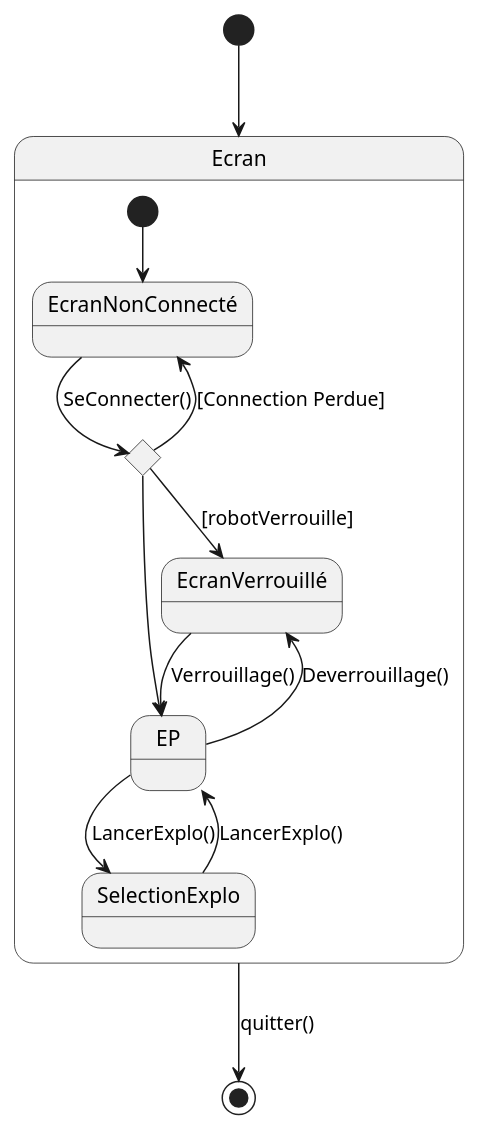
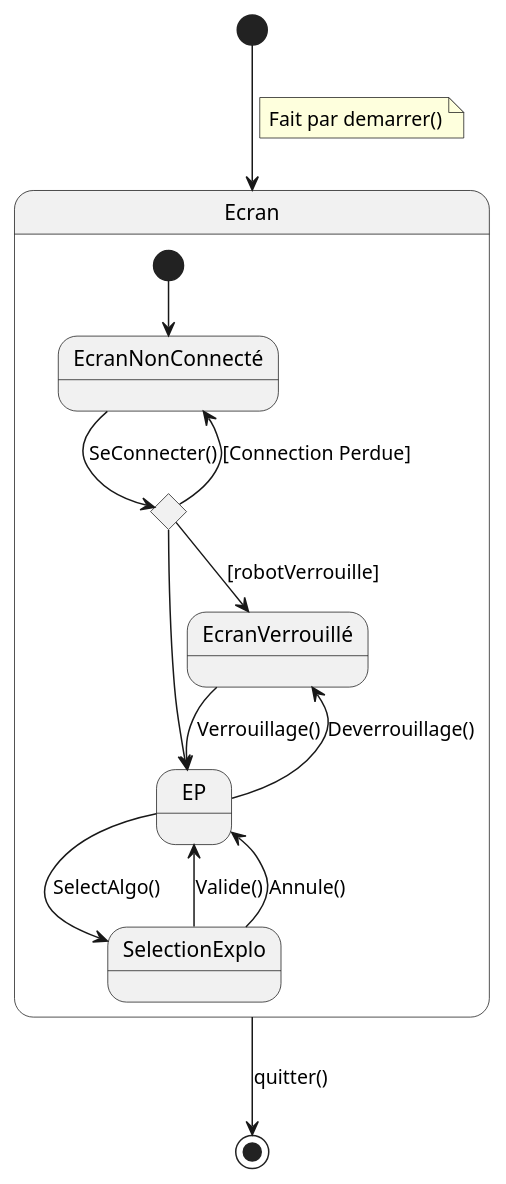
One commit to Larson-09/PATO_Project changed the diagram in Diagrammes UML/3.1.3 - Les écrans/3.1.3 - Diagramme IHM.puml. Above: the diagram before and after it, drawn with PlantUML. The commit also changed 2 other files, not shown here.

Commit message:
Diagramme IHM V1 FR/EN

```diff
--- a/Diagrammes UML/3.1.3 - Les écrans/3.1.3 - Diagramme IHM.puml
+++ b/Diagrammes UML/3.1.3 - Les écrans/3.1.3 - Diagramme IHM.puml
@@ -1,26 +1,30 @@
 @startuml
 
 [*] --> Ecran
+note on link
+    Fait par demarrer()
+end note
 state Ecran {
     state "EcranNonConnecté" as EcranNonConnecté
     state "EP" as EP
     state "EcranVerrouillé" as EcranVerrouillé
     state "SelectionExplo" as SelectionExplo
 
     state c <<choice>>
 
     [*] --> EcranNonConnecté
     EcranNonConnecté --> c : SeConnecter()
 
     c --> EcranNonConnecté : [Connection Perdue]
     c --> EP
     c --> EcranVerrouillé : [robotVerrouille]
     EcranVerrouillé --> EP: Verrouillage()
     EP --> EcranVerrouillé :Deverrouillage()
-    EP --> SelectionExplo : LancerExplo()
-    SelectionExplo --> EP : LancerExplo()
+    EP --> SelectionExplo : SelectAlgo()
+    SelectionExplo --> EP : Valide()
+    SelectionExplo --> EP : Annule()
 }
 
 Ecran --> [*] : quitter()
 
 @enduml
```
